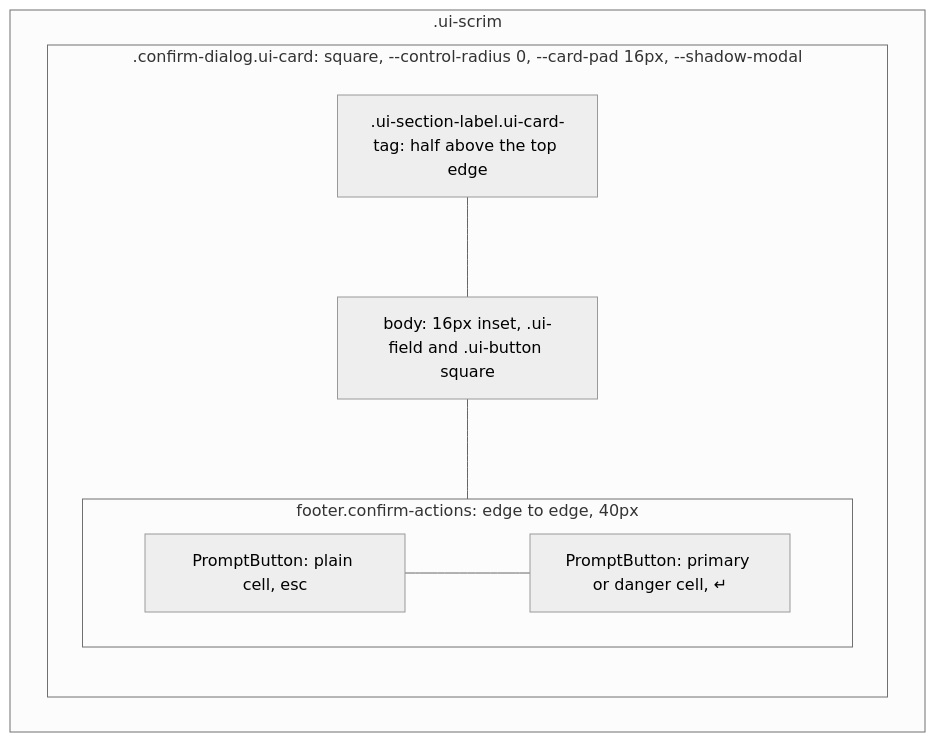
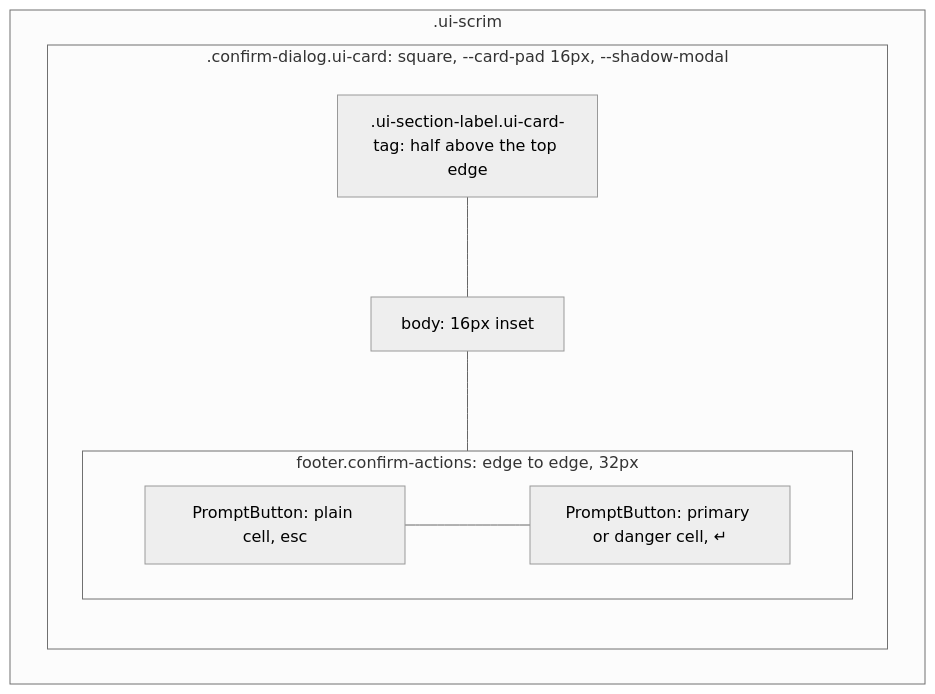
Before and after one commit to Kapps/weavie: the first of 2 diagrams in docs/concepts/design-system.md, drawn with Mermaid (neutral theme). The commit also changed other lines of this file and 35 other files, not shown here.

````diff
--- a/docs/concepts/design-system.md
+++ b/docs/concepts/design-system.md
@@ -109,15 +119,15 @@
 ```mermaid
 flowchart TB
   subgraph scrim[".ui-scrim"]
-    subgraph card[".confirm-dialog.ui-card: square, --control-radius 0, --card-pad 16px, --shadow-modal"]
+    subgraph card[".confirm-dialog.ui-card: square, --card-pad 16px, --shadow-modal"]
       direction TB
       tag[".ui-section-label.ui-card-tag: half above the top edge"]
-      body["body: 16px inset, .ui-field and .ui-button square"]
-      subgraph actions["footer.confirm-actions: edge to edge, 40px"]
+      body["body: 16px inset"]
+      subgraph actions["footer.confirm-actions: edge to edge, 32px"]
         direction LR
         cancel["PromptButton: plain cell, esc"] --- go["PromptButton: primary or danger cell, ↵"]
       end
       tag --- body --- actions
     end
   end
 ```
````
